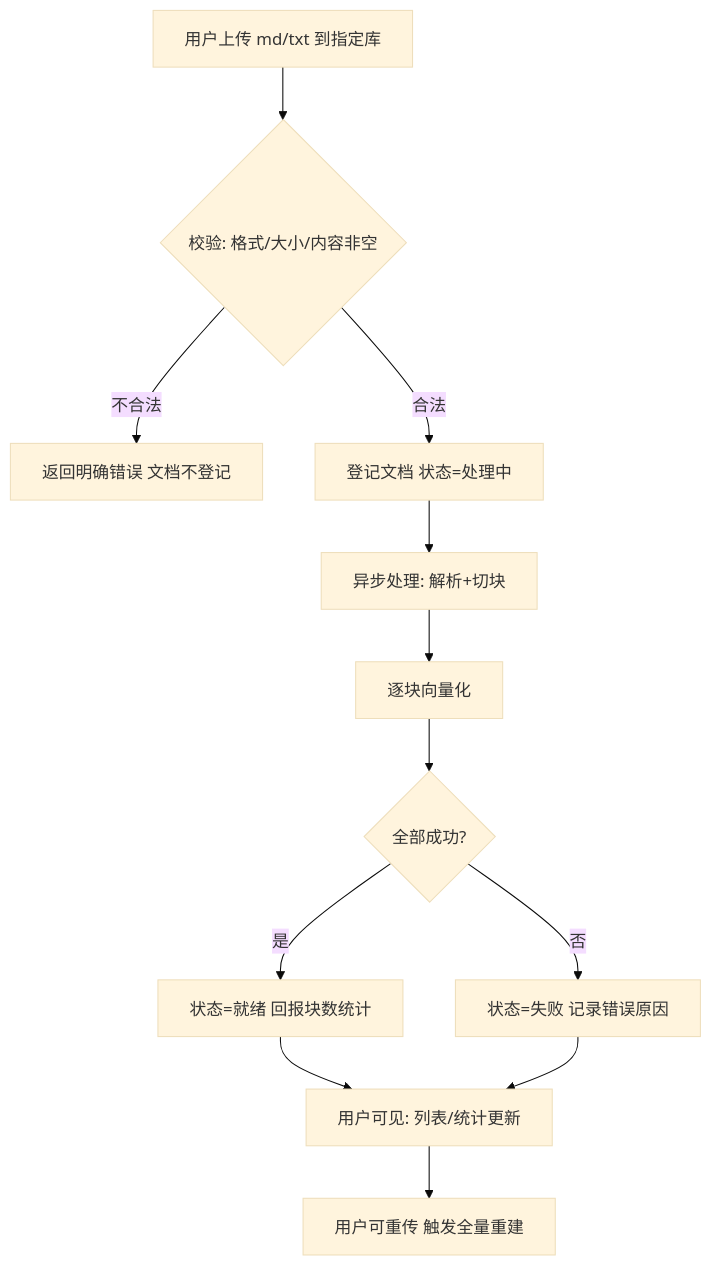
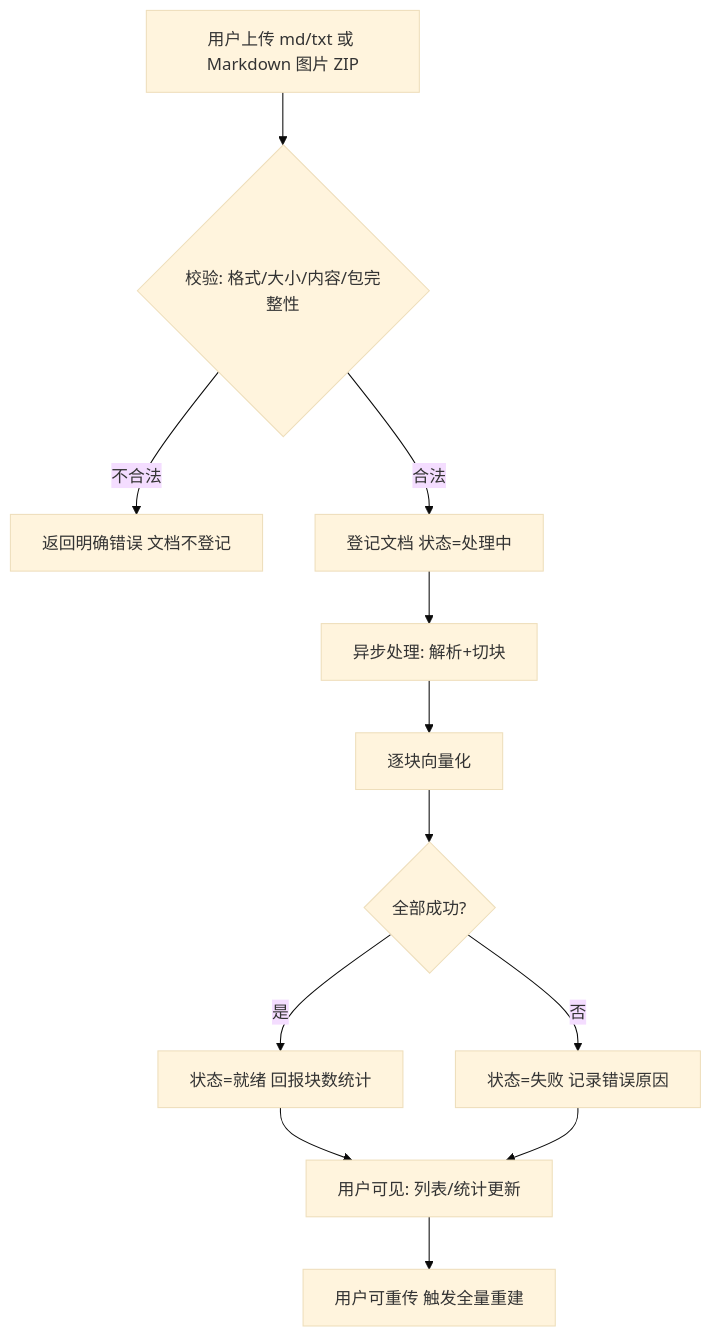
The first of 3 diagrams in docs/design/01-requirements.md (One-29/personal-knowledge-base), drawn with Mermaid (base theme) before and after one commit. The commit also changed other lines of this file and 38 other files, not shown here.

````diff
--- a/docs/design/01-requirements.md
+++ b/docs/design/01-requirements.md
@@ -142,14 +142,14 @@
 ```mermaid
 flowchart TD
-    A[用户上传 md/txt 到指定库] --> B{校验: 格式/大小/内容非空}
+    A[用户上传 md/txt 或 Markdown 图片 ZIP] --> B{校验: 格式/大小/内容/包完整性}
     B -->|不合法| C[返回明确错误 文档不登记]
     B -->|合法| D[登记文档 状态=处理中]
     D --> E[异步处理: 解析+切块]
     E --> F[逐块向量化]
     F --> G{全部成功?}
     G -->|是| H[状态=就绪 回报块数统计]
     G -->|否| I[状态=失败 记录错误原因]
     H --> J[用户可见: 列表/统计更新]
     I --> J
     J --> K[用户可重传 触发全量重建]
 ```
````
